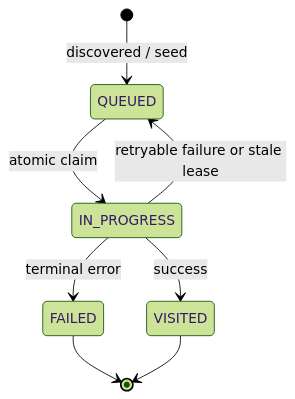
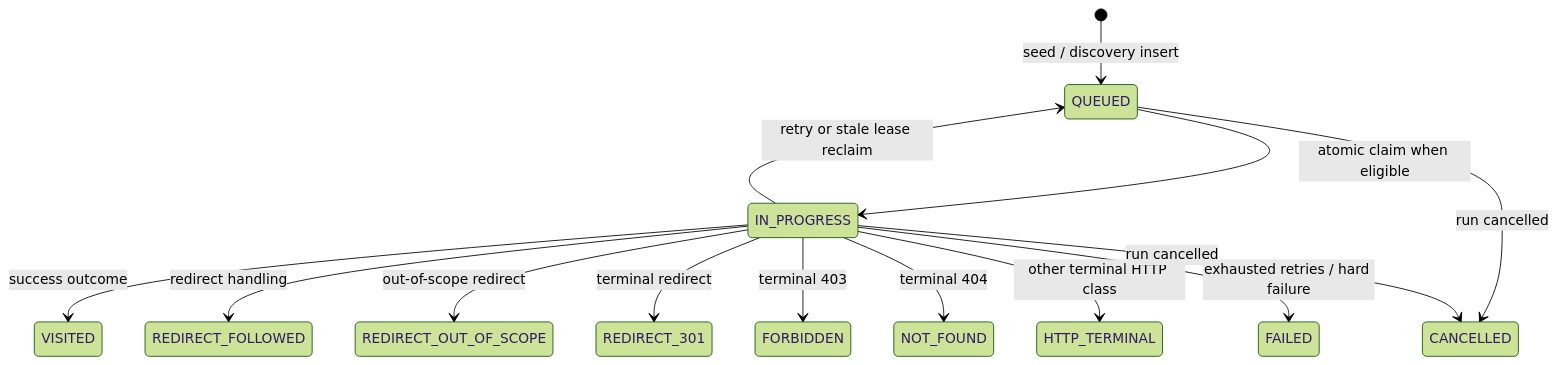
The second of 2 diagrams in docs/architecture.md (samuelhajnik/distributed-web-crawler), drawn with Mermaid (forest theme) before and after one commit. The commit also changed other lines of this file and 46 other files, not shown here.

````diff
--- a/docs/architecture.md
+++ b/docs/architecture.md
@@ -32,10 +34,16 @@
 ```mermaid
 stateDiagram-v2
-  [*] --> QUEUED: discovered / seed
-  QUEUED --> IN_PROGRESS: atomic claim
-  IN_PROGRESS --> VISITED: success
-  IN_PROGRESS --> FAILED: terminal error
-  IN_PROGRESS --> QUEUED: retryable failure or stale lease
-  FAILED --> [*]
-  VISITED --> [*]
+  [*] --> QUEUED: seed / discovery insert
+  QUEUED --> IN_PROGRESS: atomic claim when eligible
+  QUEUED --> CANCELLED: run cancelled
+  IN_PROGRESS --> VISITED: success outcome
+  IN_PROGRESS --> REDIRECT_FOLLOWED: redirect handling
+  IN_PROGRESS --> REDIRECT_OUT_OF_SCOPE: out-of-scope redirect
+  IN_PROGRESS --> REDIRECT_301: terminal redirect
+  IN_PROGRESS --> FORBIDDEN: terminal 403
+  IN_PROGRESS --> NOT_FOUND: terminal 404
+  IN_PROGRESS --> HTTP_TERMINAL: other terminal HTTP class
+  IN_PROGRESS --> FAILED: exhausted retries / hard failure
+  IN_PROGRESS --> QUEUED: retry or stale lease reclaim
+  IN_PROGRESS --> CANCELLED: run cancelled
 ```
````
